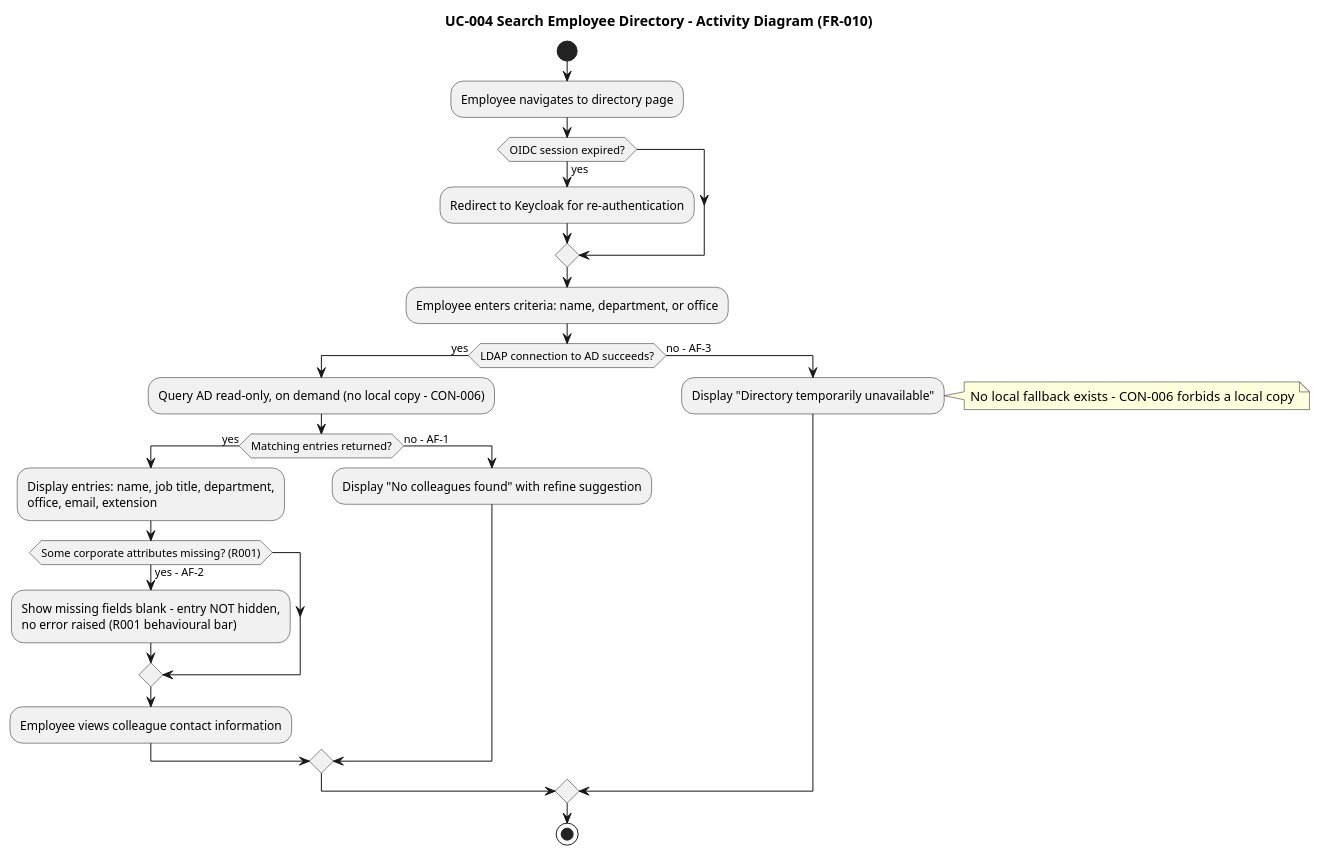
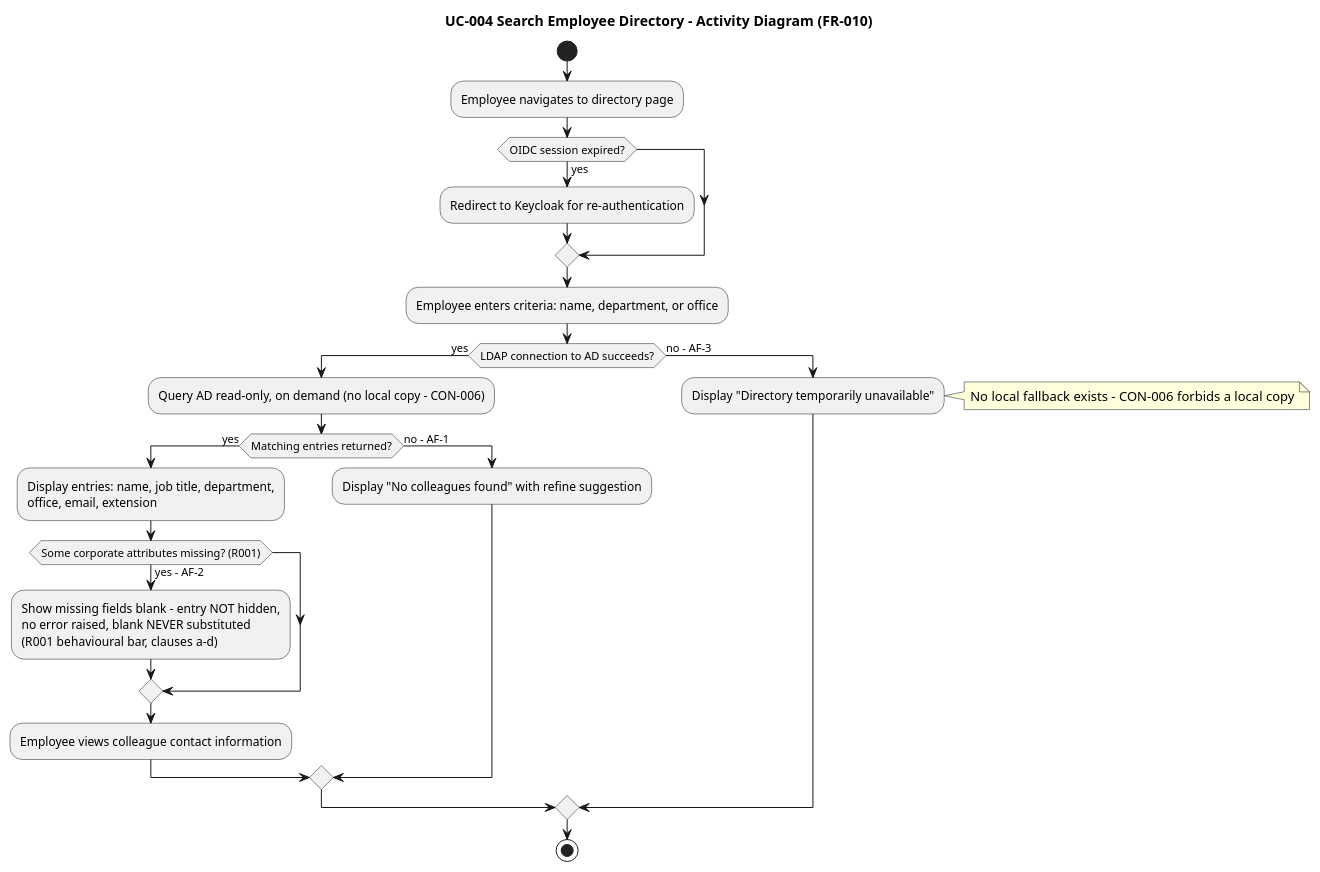
One commit to banense-test/employee-portal changed the fifth of 16 diagrams in docs/artifacts/requirements/use-case-model.md. Above: the diagram before and after it, drawn with PlantUML. The commit also changed other lines of this file, not shown here.

````diff
--- a/docs/artifacts/requirements/use-case-model.md
+++ b/docs/artifacts/requirements/use-case-model.md
@@ -358,27 +358,27 @@
 ```plantuml
 @startuml
 title UC-004 Search Employee Directory - Activity Diagram (FR-010)
 start
 :Employee navigates to directory page;
 if (OIDC session expired?) then (yes)
   :Redirect to Keycloak for re-authentication;
 endif
 :Employee enters criteria: name, department, or office;
 if (LDAP connection to AD succeeds?) then (yes)
   :Query AD read-only, on demand (no local copy - CON-006);
   if (Matching entries returned?) then (yes)
     :Display entries: name, job title, department,\noffice, email, extension;
     if (Some corporate attributes missing? (R001)) then (yes - AF-2)
-      :Show missing fields blank - entry NOT hidden,\nno error raised (R001 behavioural bar);
+      :Show missing fields blank - entry NOT hidden,\nno error raised, blank NEVER substituted\n(R001 behavioural bar, clauses a-d);
     endif
     :Employee views colleague contact information;
   else (no - AF-1)
     :Display "No colleagues found" with refine suggestion;
   endif
 else (no - AF-3)
   :Display "Directory temporarily unavailable";
   note right: No local fallback exists - CON-006 forbids a local copy
 endif
 stop
 @enduml
 ```
````
